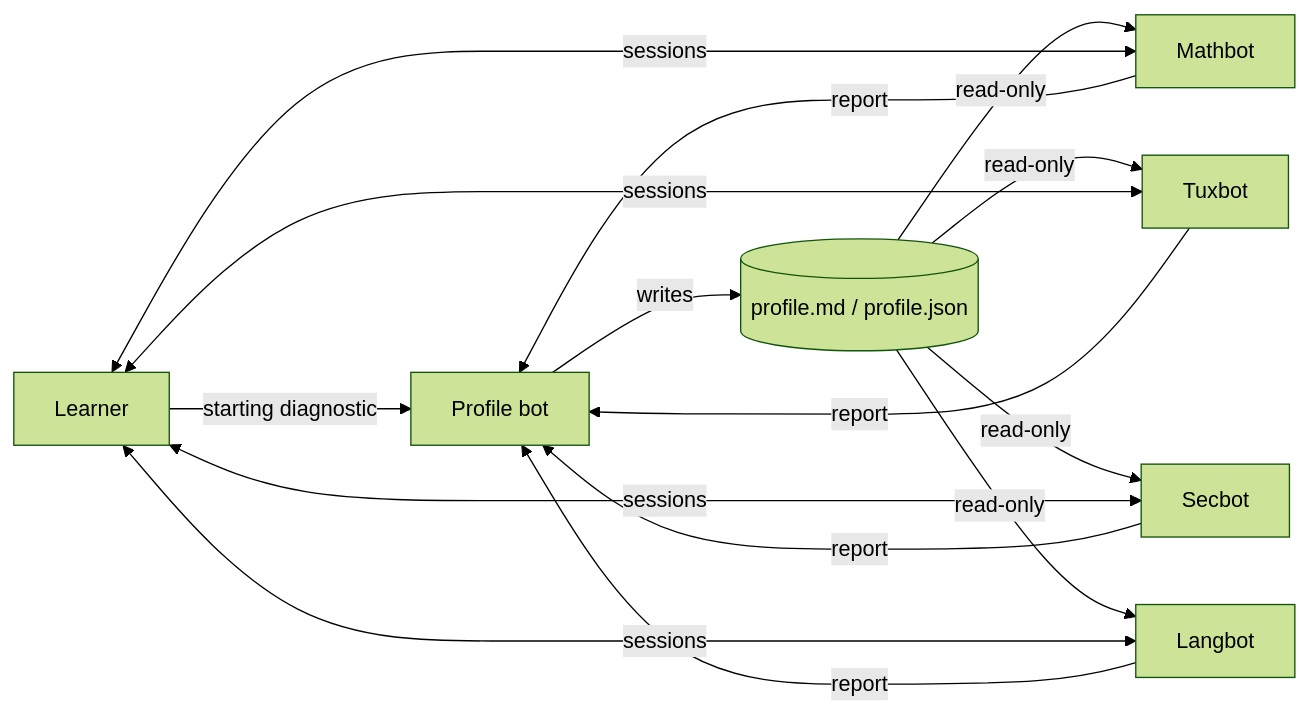
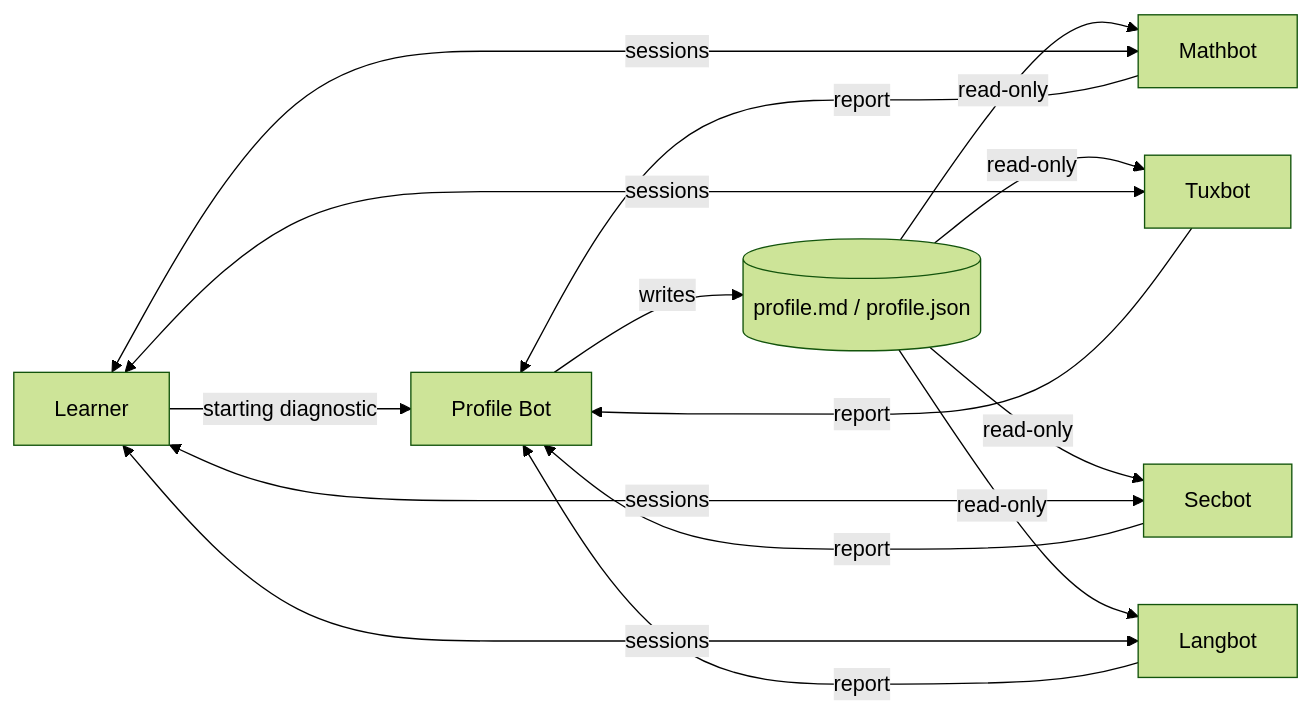
The diagram in README.md (mathDBC/grok-bot-academy-eng), drawn with Mermaid (forest theme) before and after one commit. The commit also changed other lines of this file and 39 other files, not shown here.

````diff
--- a/README.md
+++ b/README.md
@@ -11,17 +11,17 @@
 ```mermaid
 flowchart LR
-    U[Learner] -->|starting diagnostic| P[Profile bot]
+    U[Learner] -->|starting diagnostic| P[Profile Bot]
     P -->|writes| F[(profile.md / profile.json)]
     F -->|read-only| M[Mathbot]
     F -->|read-only| T[Tuxbot]
     F -->|read-only| S[Secbot]
     F -->|read-only| L[Langbot]
     U <-->|sessions| M
     U <-->|sessions| T
     U <-->|sessions| S
     U <-->|sessions| L
     M -->|report| P
     T -->|report| P
     S -->|report| P
     L -->|report| P
 ```
````
